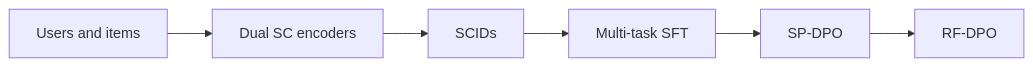
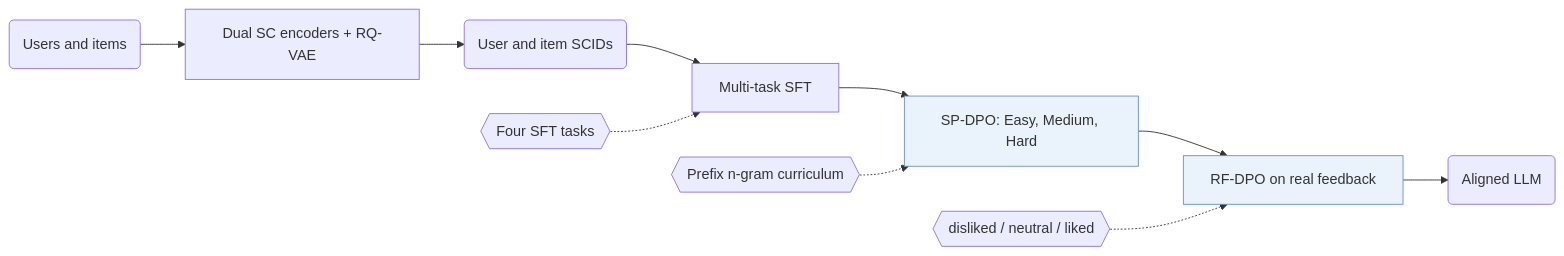
Before and after one commit to Galaxy-ghost/Awesome-SID-Generative-Rec: the diagram in notes/align3gr.md, drawn with Mermaid. The commit also changed 521 other files, not shown here.

Commit message:
writer-04 part 3: algorithm diagrams with shared shape conventions, README hero and paper cards, archive removed

````diff
--- a/notes/align3gr.md
+++ b/notes/align3gr.md
@@ -13,8 +13,13 @@
 ```mermaid
 flowchart LR
-    A[Users and items] --> B[Dual SC encoders]
-    B --> C[SCIDs]
-    C --> D[Multi-task SFT]
-    D --> E[SP-DPO]
-    E --> F[RF-DPO]
+    A("Users and items") --> B["Dual SC encoders + RQ-VAE"]
+    B --> C("User and item SCIDs")
+    C --> D["Multi-task SFT"]
+    D --> E["SP-DPO: Easy, Medium, Hard"]:::key
+    E --> F["RF-DPO on real feedback"]:::key
+    F --> G("Aligned LLM")
+    L1{{"Four SFT tasks"}} -.-> D
+    L2{{"Prefix n-gram curriculum"}} -.-> E
+    L3{{"disliked / neutral / liked"}} -.-> F
+    classDef key fill:#eaf2fb,stroke:#6b8fc7
 ```
````
